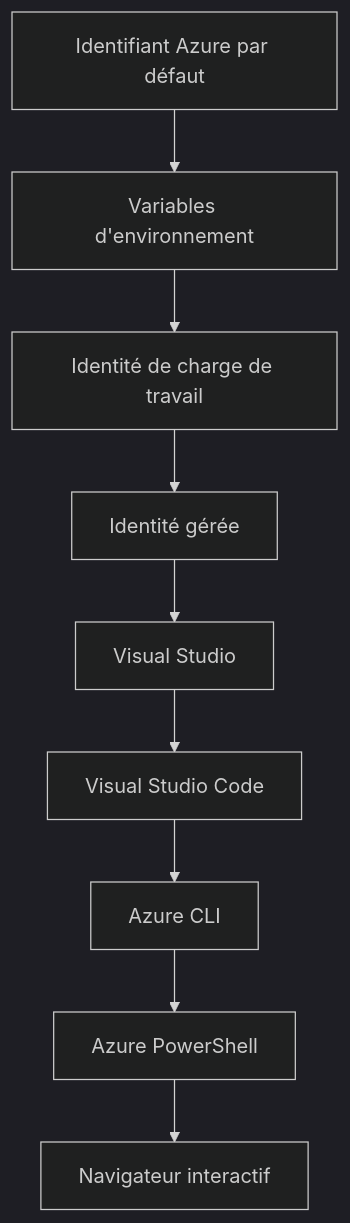
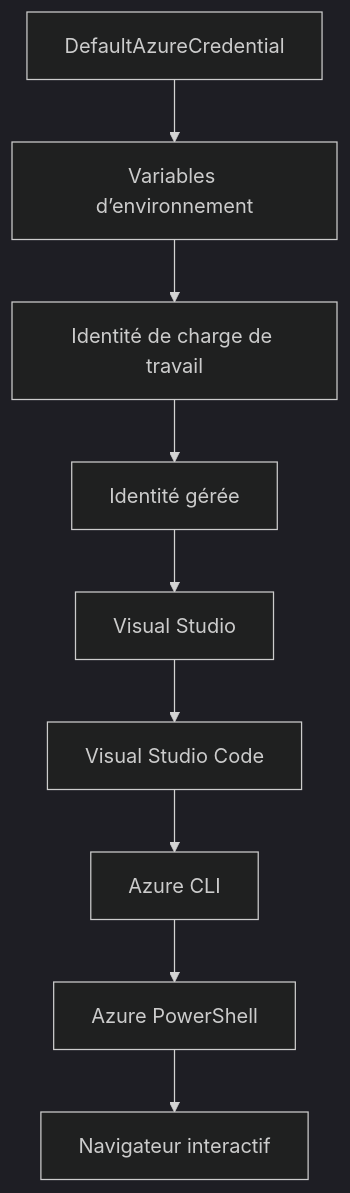
Before and after one commit to microsoft/AZD-for-beginners: the second of 2 diagrams in translations/fr/docs/chapter-01-foundation/azd-basics.md, drawn with Mermaid (dark theme). The commit also changed other lines of this file and 99 other files, not shown here.

````diff
--- a/translations/fr/docs/chapter-01-foundation/azd-basics.md
+++ b/translations/fr/docs/chapter-01-foundation/azd-basics.md
@@ -593,11 +591,11 @@
 ```mermaid
 graph TD
-    A[Identifiant Azure par défaut] --> B[Variables d'environnement]
+    A[DefaultAzureCredential] --> B[Variables d’environnement]
     B --> C[Identité de charge de travail]
     C --> D[Identité gérée]
     D --> E[Visual Studio]
     E --> F[Visual Studio Code]
     F --> G[Azure CLI]
     G --> H[Azure PowerShell]
     H --> I[Navigateur interactif]
 ```
````
